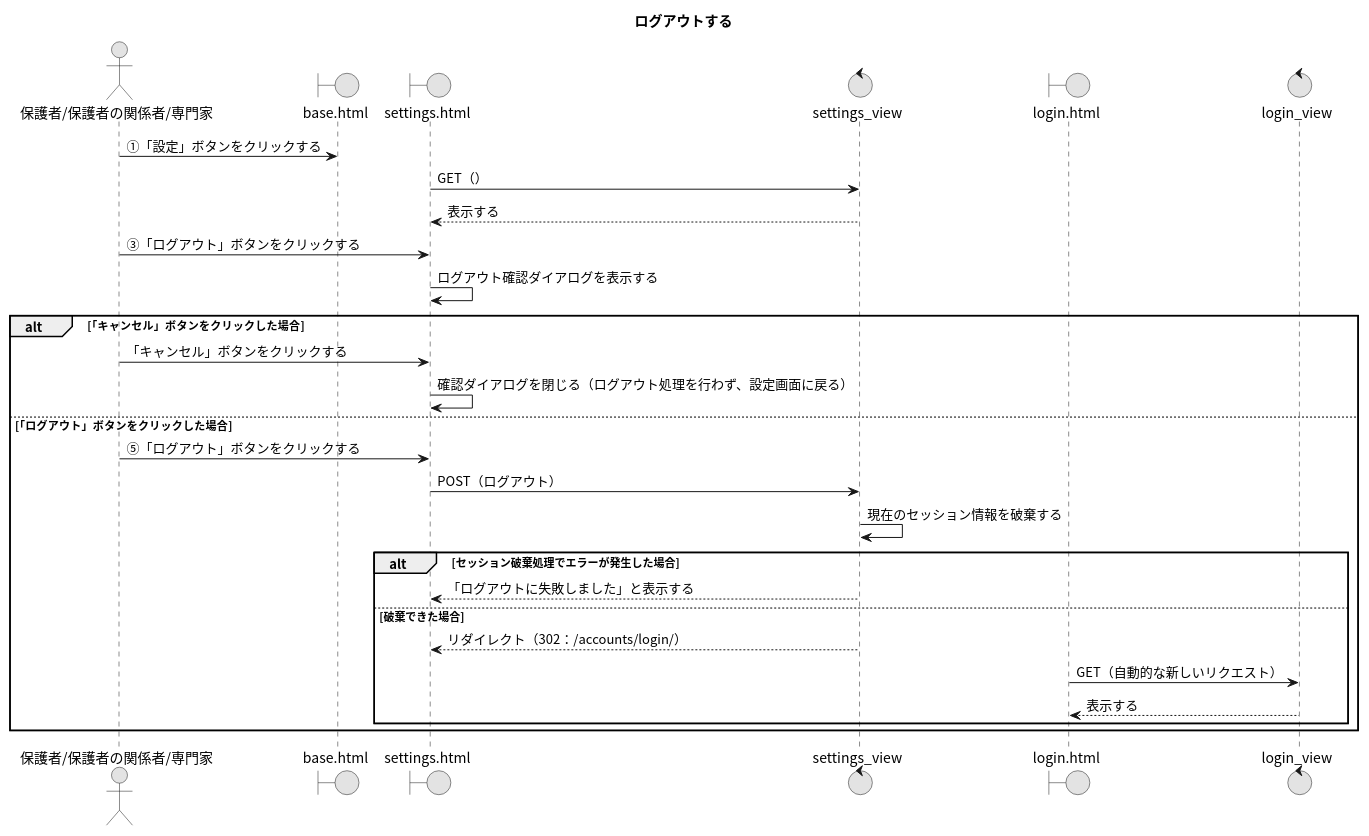
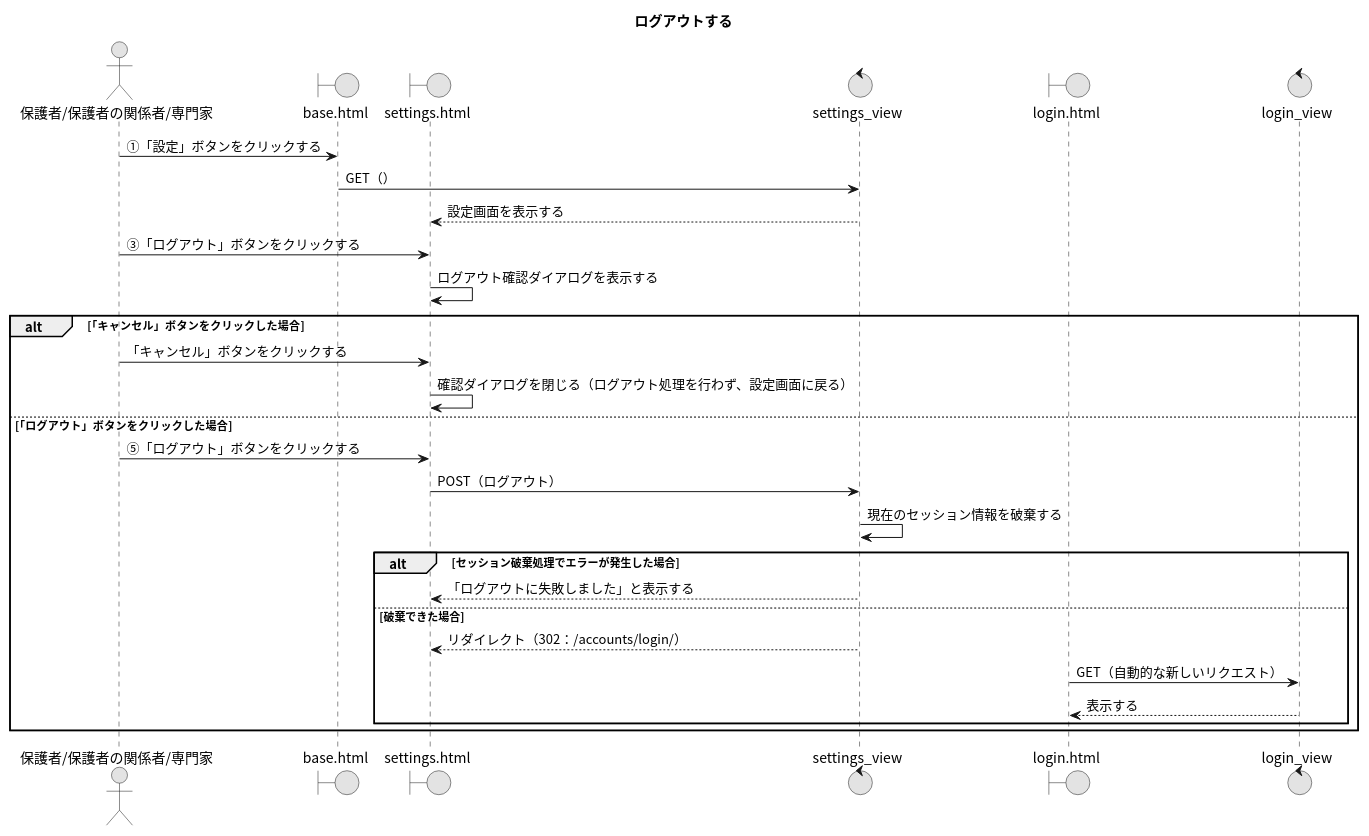
The diagram in 03_ログアウトする.puml (Ma2naga190330/26_sotugyou_puml), drawn with PlantUML before and after one commit. The commit also changed 9 other files, not shown here.

```diff
--- a/03_ログアウトする.puml
+++ b/03_ログアウトする.puml
@@ -1,35 +1,35 @@
 @startuml
 title ログアウトする
 skinparam defaultFontName "Noto Sans CJK JP"
 skinparam monochrome true
 
 actor "保護者/保護者の関係者/専門家" as A
 boundary "base.html" as BP
 boundary "settings.html" as SP
 control "settings_view" as SV
 boundary "login.html" as LP
 control "login_view" as LV
 
 A -> BP : ①「設定」ボタンをクリックする
-SP -> SV : GET（）
-SV --> SP : 表示する
+BP -> SV : GET（）
+SV --> SP : 設定画面を表示する
 
 A -> SP : ③「ログアウト」ボタンをクリックする
 SP -> SP : ログアウト確認ダイアログを表示する
 
 alt 「キャンセル」ボタンをクリックした場合
   A -> SP : 「キャンセル」ボタンをクリックする
   SP -> SP : 確認ダイアログを閉じる（ログアウト処理を行わず、設定画面に戻る）
 else 「ログアウト」ボタンをクリックした場合
   A -> SP : ⑤「ログアウト」ボタンをクリックする
   SP -> SV : POST（ログアウト）
   SV -> SV : 現在のセッション情報を破棄する
   alt セッション破棄処理でエラーが発生した場合
     SV --> SP : 「ログアウトに失敗しました」と表示する
   else 破棄できた場合
     SV --> SP : リダイレクト（302：/accounts/login/）
     LP -> LV : GET（自動的な新しいリクエスト）
     LV --> LP : 表示する
   end
 end
 @enduml
```
